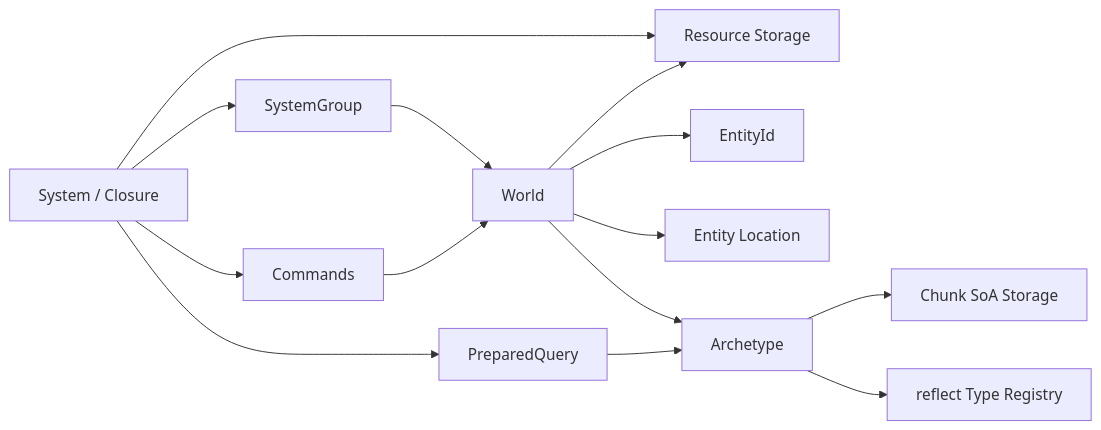
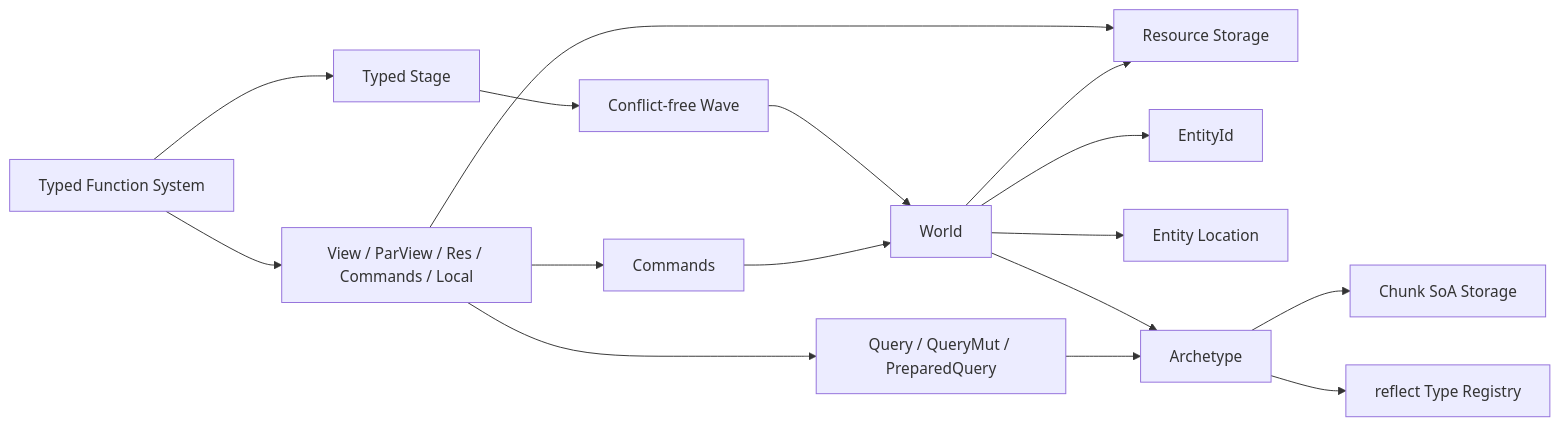
Before and after one commit to jz315/SkyEngine: the second of 6 diagrams in docs/architecture/architecture.md, drawn with Mermaid. The commit also changed other lines of this file and 11 other files, not shown here.

````diff
--- a/docs/architecture/architecture.md
+++ b/docs/architecture/architecture.md
@@ -469,29 +470,33 @@
 ```mermaid
 flowchart LR
-    System[System / Closure]
-    Group[SystemGroup]
+    System[Typed Function System]
+    Params[View / ParView / Res / Commands / Local]
+    Stage[Typed Stage]
+    Wave[Conflict-free Wave]
     World[World]
-    Query[PreparedQuery]
+    Query[Query / QueryMut / PreparedQuery]
     Commands[Commands]
     Resource[Resource Storage]
     Entity[EntityId]
     Location[Entity Location]
     Archetype[Archetype]
     Chunk[Chunk SoA Storage]
     Registry[reflect Type Registry]
 
-    System --> Group
-    Group --> World
-    System --> Query
-    System --> Commands
-    System --> Resource
+    System --> Params
+    Params --> Query
+    Params --> Commands
+    Params --> Resource
+    System --> Stage
+    Stage --> Wave
+    Wave --> World
 
     World --> Entity
     World --> Location
     World --> Resource
     World --> Archetype
     Archetype --> Chunk
     Archetype --> Registry
     Query --> Archetype
     Commands --> World
 ```
````
